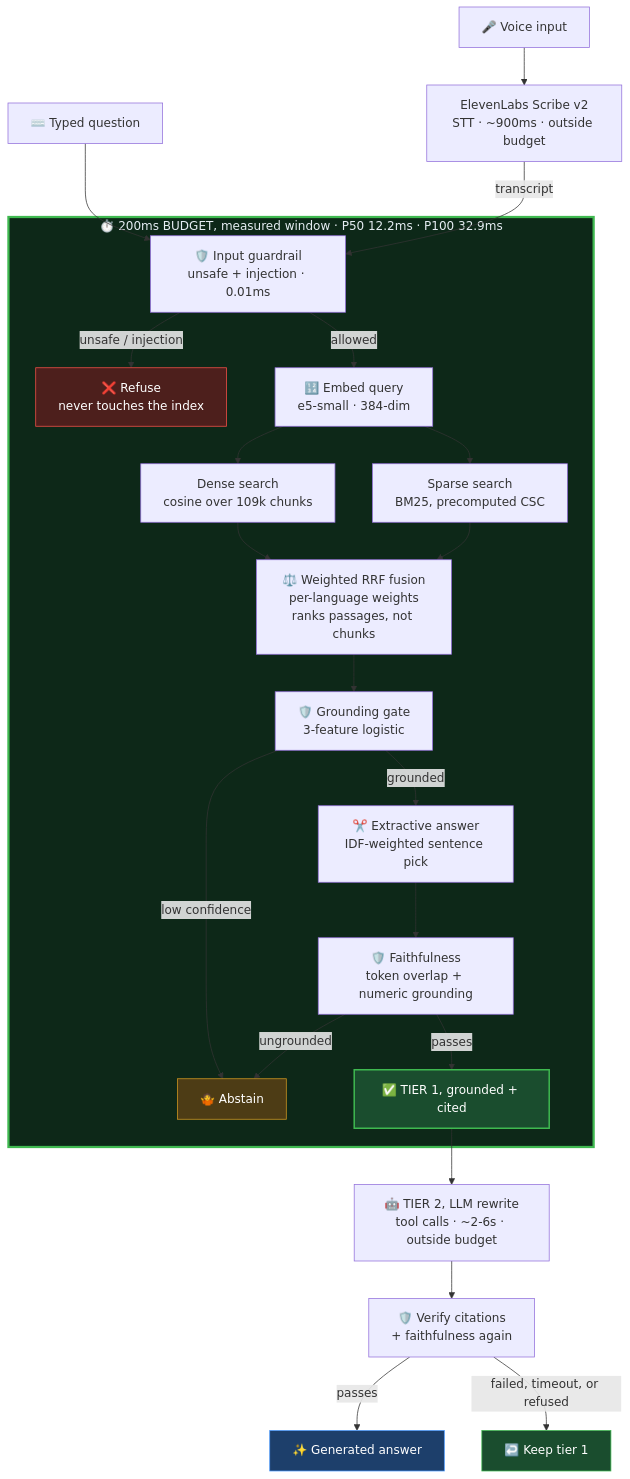
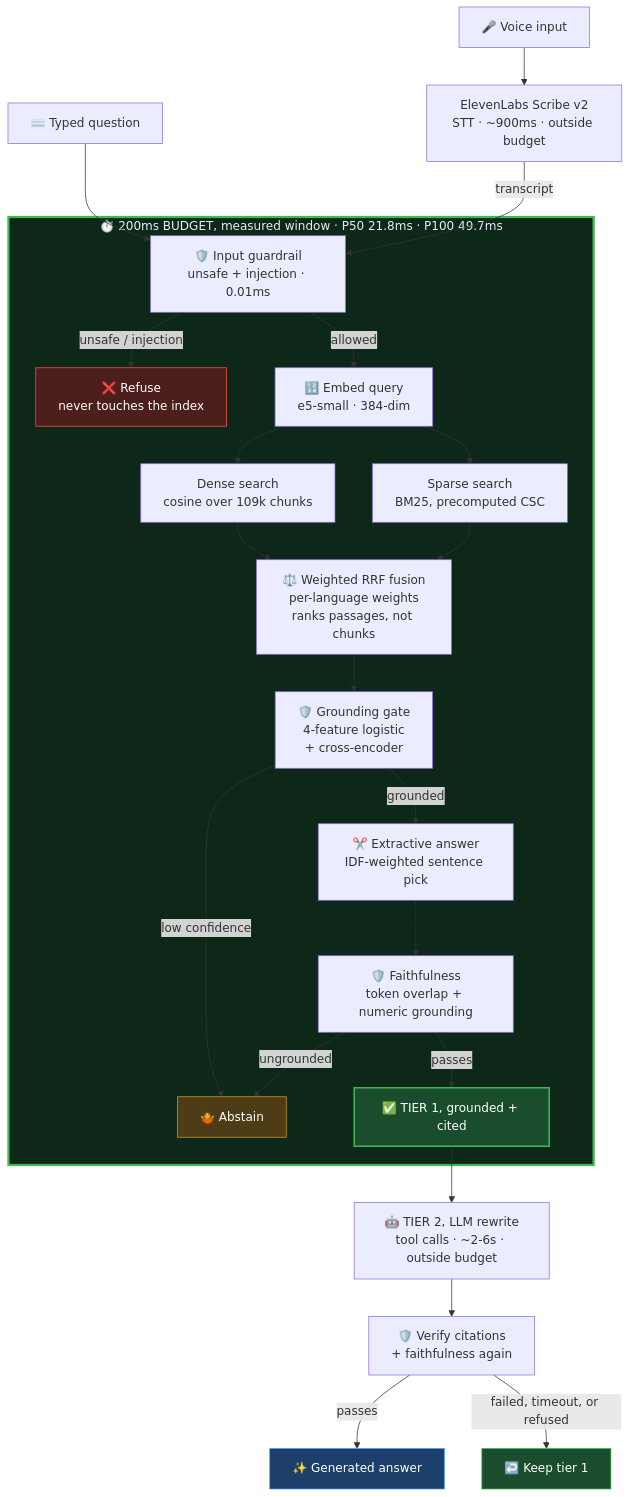
The first of 6 diagrams in README.md (Arav-Arun/HHgoa-Voice-RAG), drawn with Mermaid before and after one commit. The commit also changed other lines of this file and 15 other files, not shown here.

Commit message:
cross-encoder relevance feature for the grounding gate

````diff
--- a/README.md
+++ b/README.md
@@ -48,34 +48,34 @@
 ```mermaid
 flowchart TD
     MIC["🎤 Voice input"] --> STT["ElevenLabs Scribe v2<br/>STT · ~900ms · outside budget"]
     TXT["⌨️ Typed question"] --> G1
     STT -->|transcript| G1
 
-    subgraph BUDGET["⏱️ 200ms BUDGET, measured window · P50 12.2ms · P100 32.9ms"]
+    subgraph BUDGET["⏱️ 200ms BUDGET, measured window · P50 21.8ms · P100 49.7ms"]
         G1["🛡️ Input guardrail<br/>unsafe + injection · 0.01ms"]
         G1 -->|"unsafe / injection"| REFUSE["❌ Refuse<br/>never touches the index"]
         G1 -->|allowed| EMB["🔢 Embed query<br/>e5-small · 384-dim"]
         EMB --> DENSE["Dense search<br/>cosine over 109k chunks"]
         EMB --> SPARSE["Sparse search<br/>BM25, precomputed CSC"]
         DENSE --> RRF["⚖️ Weighted RRF fusion<br/>per-language weights<br/>ranks passages, not chunks"]
         SPARSE --> RRF
-        RRF --> G2["🛡️ Grounding gate<br/>3-feature logistic"]
+        RRF --> G2["🛡️ Grounding gate<br/>4-feature logistic<br/>+ cross-encoder"]
         G2 -->|"low confidence"| ABSTAIN["🤷 Abstain"]
         G2 -->|grounded| EXT["✂️ Extractive answer<br/>IDF-weighted sentence pick"]
         EXT --> G3["🛡️ Faithfulness<br/>token overlap + numeric grounding"]
         G3 -->|ungrounded| ABSTAIN
         G3 -->|passes| FAST["✅ TIER 1, grounded + cited"]
     end
 
     FAST --> LLM["🤖 TIER 2, LLM rewrite<br/>tool calls · ~2-6s · outside budget"]
     LLM --> G4["🛡️ Verify citations<br/>+ faithfulness again"]
     G4 -->|passes| FINAL["✨ Generated answer"]
     G4 -->|"failed, timeout, or refused"| KEEP["↩️ Keep tier 1"]
 
     style BUDGET fill:#0d2818,stroke:#3fb950,stroke-width:3px,color:#e6edf3
     style FAST fill:#1a4d2e,stroke:#3fb950,stroke-width:2px,color:#ffffff
     style FINAL fill:#1d3f6b,stroke:#4c9aff,color:#ffffff
     style KEEP fill:#1a4d2e,stroke:#3fb950,color:#ffffff
     style REFUSE fill:#4d1f1c,stroke:#f85149,color:#ffffff
     style ABSTAIN fill:#4d3c15,stroke:#d29922,color:#ffffff
 ```
````
